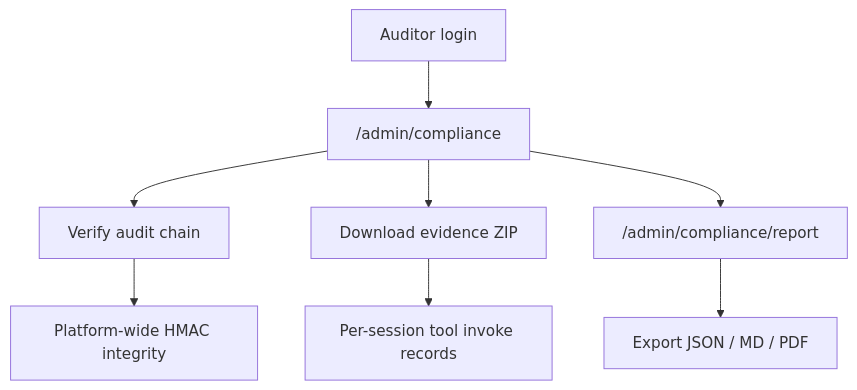
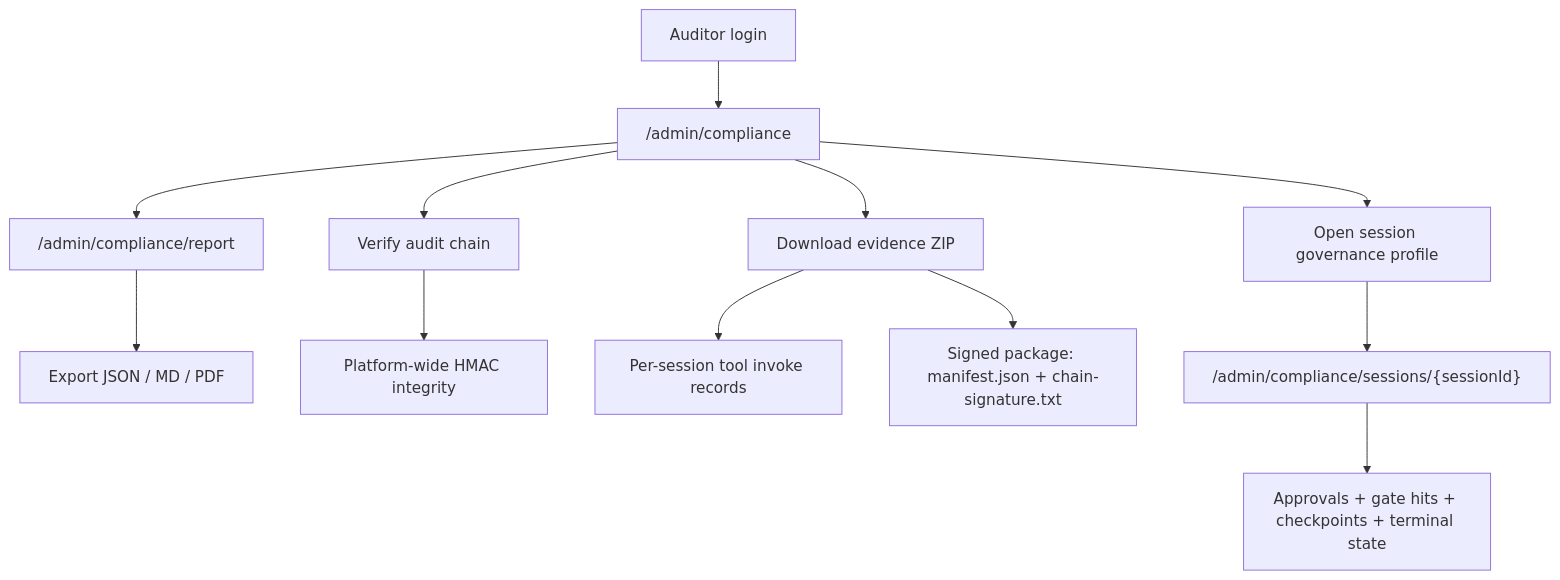
Before and after one commit to OceaLong/opencitadel: the first of 2 diagrams in docs/architecture/admin-auditor-compliance.md, drawn with Mermaid. The commit also changed other lines of this file and 375 other files, not shown here.

````diff
--- a/docs/architecture/admin-auditor-compliance.md
+++ b/docs/architecture/admin-auditor-compliance.md
@@ -17,10 +17,14 @@
 ```mermaid
 flowchart TD
   Login["Auditor login"] --> Admin["/admin/compliance"]
   Admin --> Chain["Verify audit chain"]
   Admin --> Evidence["Download evidence ZIP"]
+  Admin --> Profile["Open session governance profile"]
   Admin --> Report["/admin/compliance/report"]
   Report --> Export["Export JSON / MD / PDF"]
   Chain --> Integrity["Platform-wide HMAC integrity"]
   Evidence --> SessionPkg["Per-session tool invoke records"]
+  Evidence --> SignedPkg["Signed package: manifest.json + chain-signature.txt"]
+  Profile --> ProfileView["/admin/compliance/sessions/{sessionId}"]
+  ProfileView --> ProfileData["Approvals + gate hits + checkpoints + terminal state"]
 ```
````
